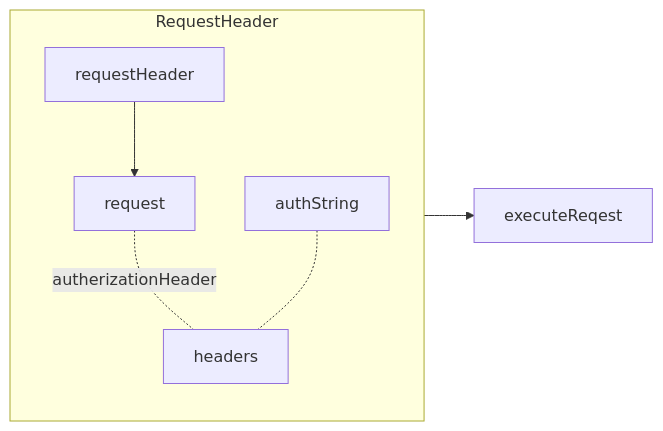
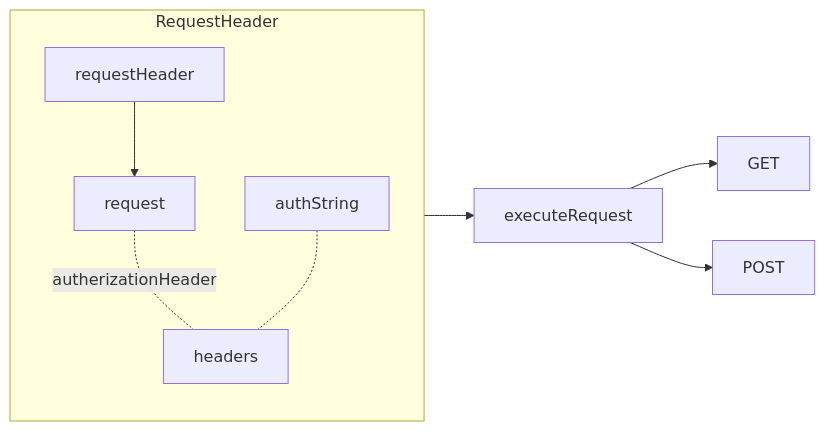
The fifth of 7 diagrams in newage/astro.md (gordianknotC/nxp_note), drawn with Mermaid before and after one commit. The commit also changed other lines of this file, not shown here.

````diff
--- a/newage/astro.md
+++ b/newage/astro.md
@@ -66,9 +66,12 @@
 ```mermaid
 graph LR
 subgraph RequestHeader
 request -.-|autherizationHeader| headers
 authString -.- headers
 requestHeader --> request
 end
-RequestHeader --> executeReqest  
+RequestHeader --> executeRequest  
+executeRequest --> GET
+executeRequest --> POST
+
 ```
````
